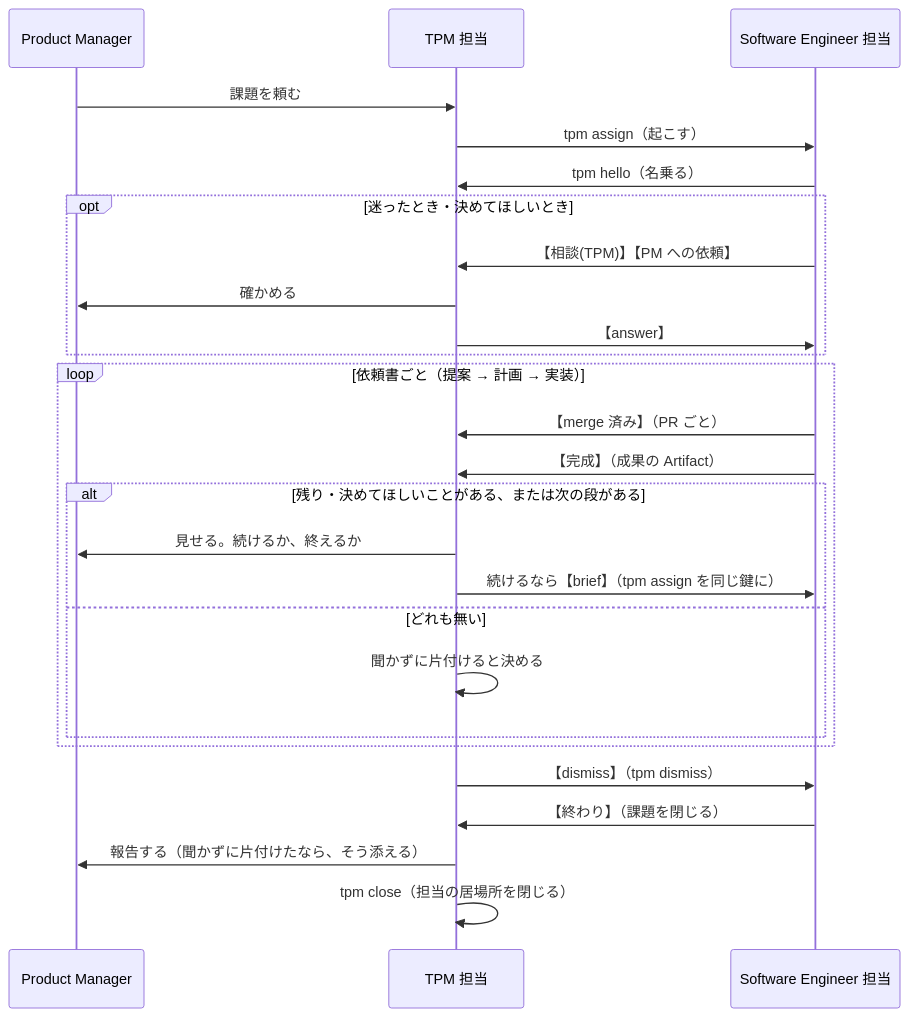
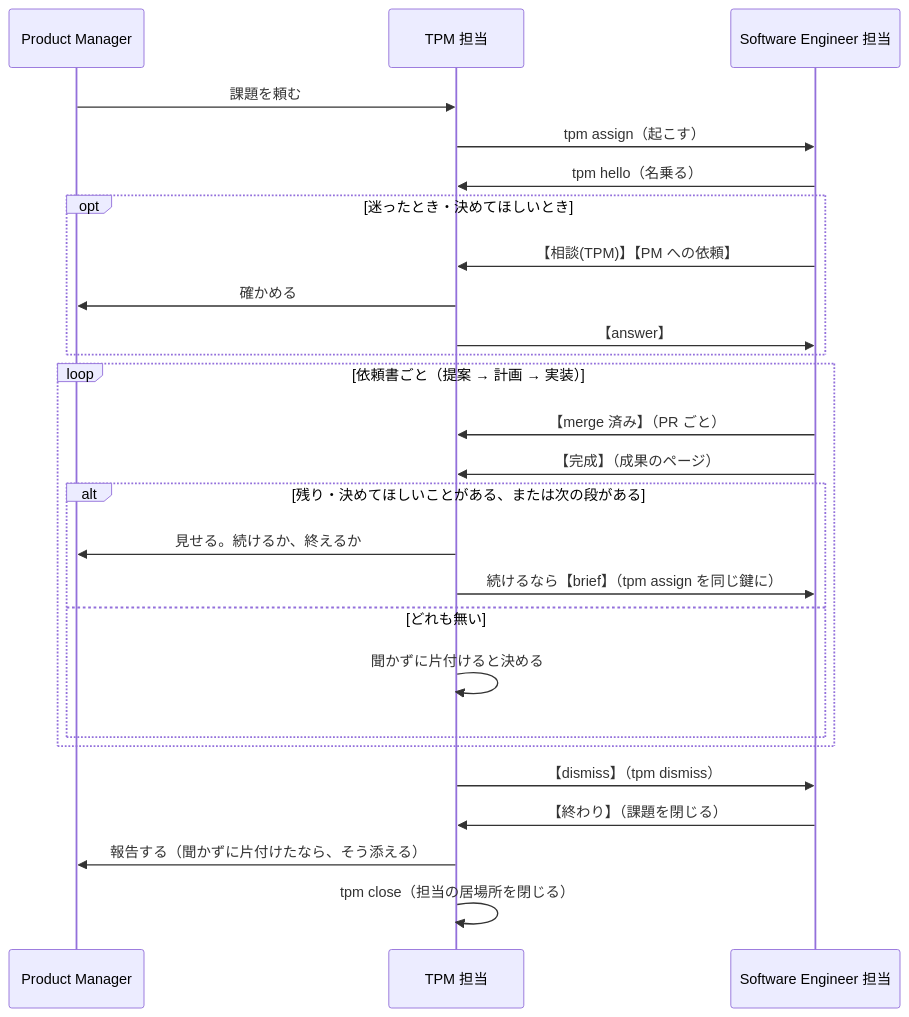
Before and after one commit to uraitakahito/roster: the second of 2 diagrams in docs-site/src/content/docs/protocol.md, drawn with Mermaid. The commit also changed 13 other files, not shown here.

````diff
--- a/docs-site/src/content/docs/protocol.md
+++ b/docs-site/src/content/docs/protocol.md
@@ -69,28 +69,28 @@
 ```mermaid
 sequenceDiagram
   participant PM as Product Manager
   participant TPM as TPM 担当
   participant SE as Software Engineer 担当
   PM->>TPM: 課題を頼む
   TPM->>SE: tpm assign（起こす）
   SE->>TPM: tpm hello（名乗る）
   opt 迷ったとき・決めてほしいとき
     SE->>TPM: 【相談(TPM)】【PM への依頼】
     TPM->>PM: 確かめる
     TPM->>SE: 【answer】
   end
   loop 依頼書ごと（提案 → 計画 → 実装）
     SE->>TPM: 【merge 済み】（PR ごと）
-    SE->>TPM: 【完成】（成果の Artifact）
+    SE->>TPM: 【完成】（成果のページ）
     alt 残り・決めてほしいことがある、または次の段がある
       TPM->>PM: 見せる。続けるか、終えるか
       TPM->>SE: 続けるなら【brief】（tpm assign を同じ鍵に）
     else どれも無い
       TPM->>TPM: 聞かずに片付けると決める
     end
   end
   TPM->>SE: 【dismiss】（tpm dismiss）
   SE->>TPM: 【終わり】（課題を閉じる）
   TPM->>PM: 報告する（聞かずに片付けたなら、そう添える）
   TPM->>TPM: tpm close（担当の居場所を閉じる）
 ```
````
